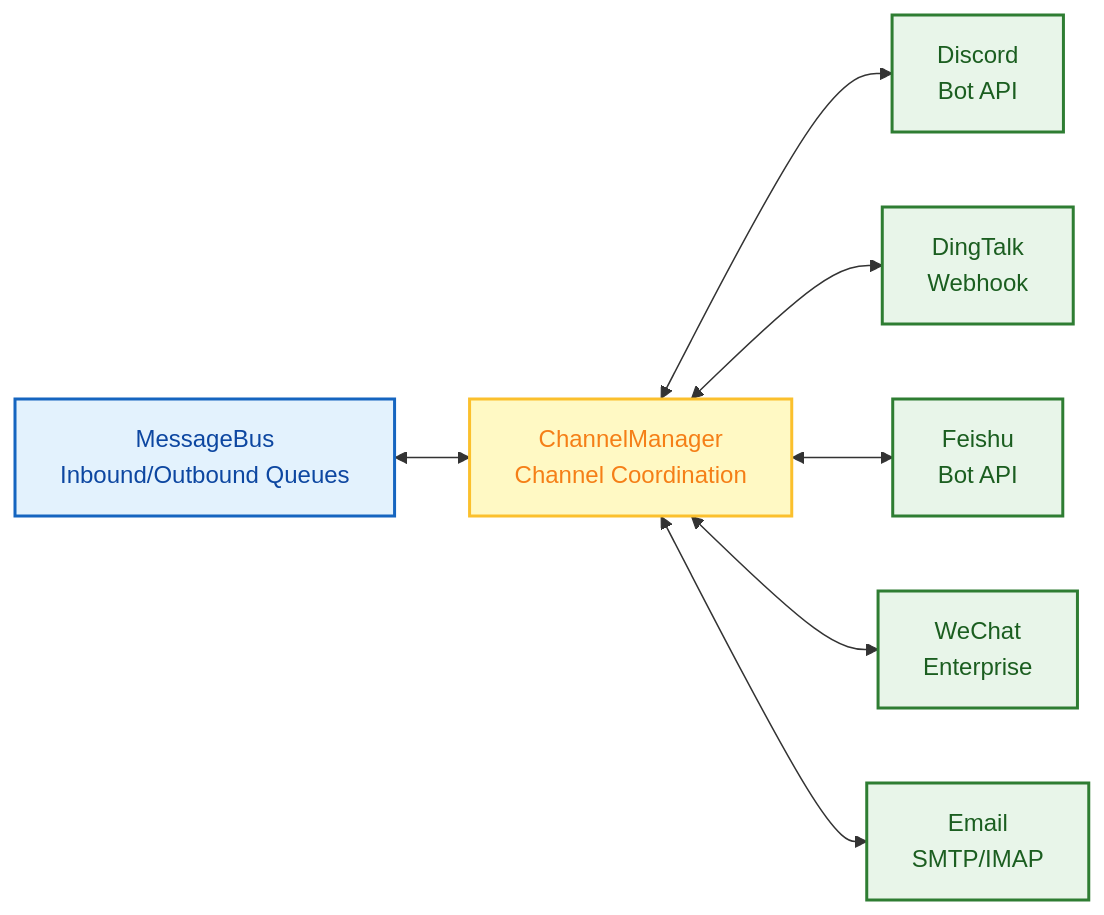
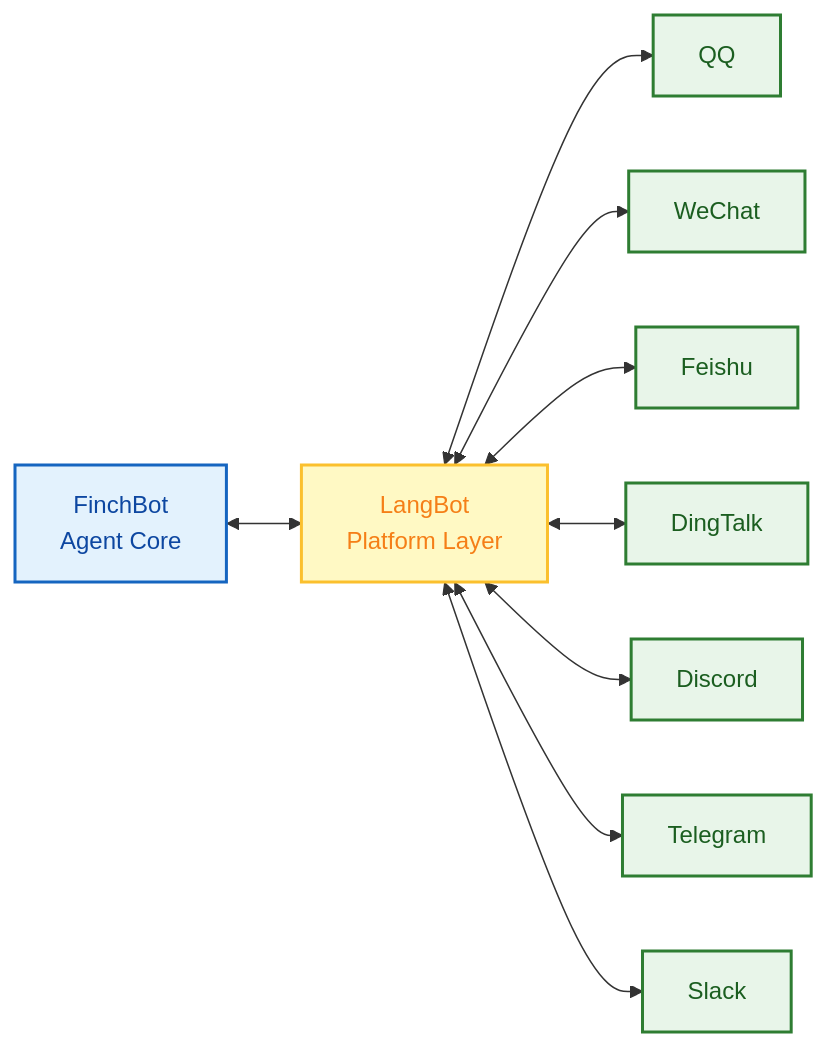
The eighth of 8 diagrams in README.md (xt765/FinchBot), drawn with Mermaid before and after one commit. The commit also changed other lines of this file and 30 other files, not shown here.

First line of the commit message:
refactor: 使用 langchain-mcp-adapters 和 LangBot 重构 MCP 和 Channel 模块

````diff
--- a/README.md
+++ b/README.md
@@ -538,18 +550,20 @@
 ```mermaid
 flowchart LR
     classDef bus fill:#e3f2fd,stroke:#1565c0,stroke-width:2px,color:#0d47a1;
     classDef manager fill:#fff9c4,stroke:#fbc02d,stroke-width:2px,color:#f57f17;
     classDef channel fill:#e8f5e9,stroke:#2e7d32,stroke-width:2px,color:#1b5e20;
 
-    Bus[MessageBus<br/>Inbound/Outbound Queues]:::bus
-    CM[ChannelManager<br/>Channel Coordination]:::manager
+    FinchBot[FinchBot<br/>Agent Core]:::bus
+    LangBot[LangBot<br/>Platform Layer]:::manager
 
-    Discord[Discord<br/>Bot API]:::channel
-    DingTalk[DingTalk<br/>Webhook]:::channel
-    Feishu[Feishu<br/>Bot API]:::channel
-    WeChat[WeChat<br/>Enterprise]:::channel
-    Email[Email<br/>SMTP/IMAP]:::channel
+    QQ[QQ]:::channel
+    WeChat[WeChat]:::channel
+    Feishu[Feishu]:::channel
+    DingTalk[DingTalk]:::channel
+    Discord[Discord]:::channel
+    Telegram[Telegram]:::channel
+    Slack[Slack]:::channel
 
-    Bus <--> CM
-    CM <--> Discord & DingTalk & Feishu & WeChat & Email
+    FinchBot <--> LangBot
+    LangBot <--> QQ & WeChat & Feishu & DingTalk & Discord & Telegram & Slack
 ```
````
